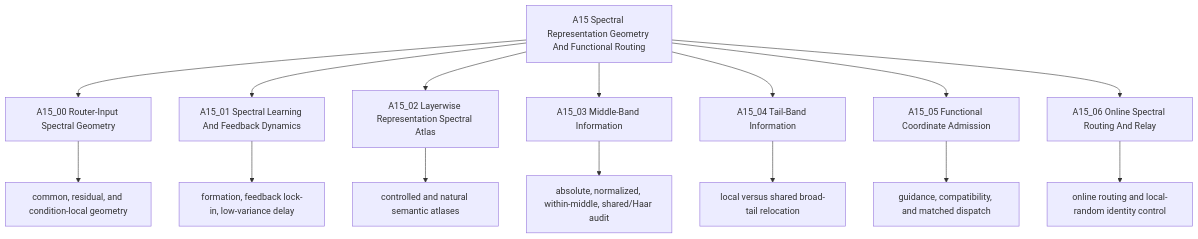
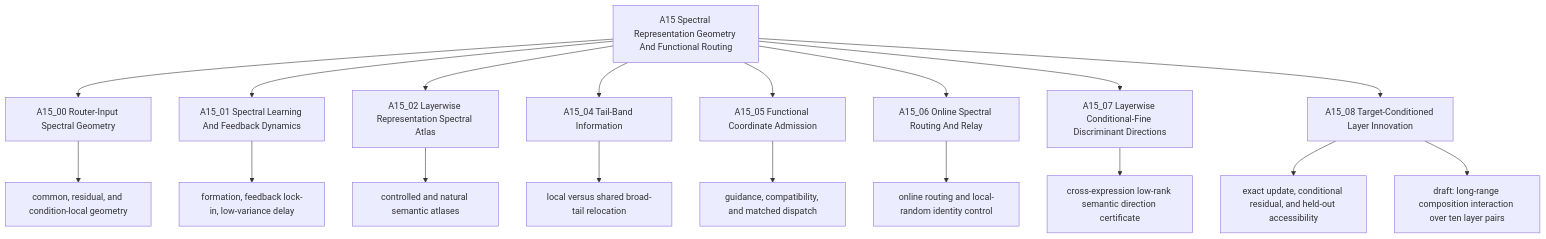
The diagram in sync/S000_current_specialization/anchors/15_spectral_representation_and_functional_routing/README.md (Shphd3/Research_System), drawn with Mermaid before and after one commit. The commit also changed other lines of this file and 44 other files, not shown here.

````diff
--- a/sync/S000_current_specialization/anchors/15_spectral_representation_and_functional_routing/README.md
+++ b/sync/S000_current_specialization/anchors/15_spectral_representation_and_functional_routing/README.md
@@ -75,18 +118,21 @@
 ```mermaid
 flowchart TD
   A15["A15 Spectral Representation Geometry And Functional Routing"]
   A15 --> P00["A15_00 Router-Input Spectral Geometry"]
   A15 --> P01["A15_01 Spectral Learning And Feedback Dynamics"]
   A15 --> P02["A15_02 Layerwise Representation Spectral Atlas"]
-  A15 --> P03["A15_03 Middle-Band Information"]
   A15 --> P04["A15_04 Tail-Band Information"]
   A15 --> P05["A15_05 Functional Coordinate Admission"]
   A15 --> P06["A15_06 Online Spectral Routing And Relay"]
+  A15 --> P07["A15_07 Layerwise Conditional-Fine Discriminant Directions"]
+  A15 --> P08["A15_08 Target-Conditioned Layer Innovation"]
   P00 --> P00a["common, residual, and condition-local geometry"]
   P01 --> P01a["formation, feedback lock-in, low-variance delay"]
   P02 --> P02a["controlled and natural semantic atlases"]
-  P03 --> P03a["absolute, normalized, within-middle, shared/Haar audit"]
   P04 --> P04a["local versus shared broad-tail relocation"]
   P05 --> P05a["guidance, compatibility, and matched dispatch"]
   P06 --> P06a["online routing and local-random identity control"]
+  P07 --> P07a["cross-expression low-rank semantic direction certificate"]
+  P08 --> P08a["exact update, conditional residual, and held-out accessibility"]
+  P08 --> P08b["draft: long-range composition interaction over ten layer pairs"]
 ```
````
